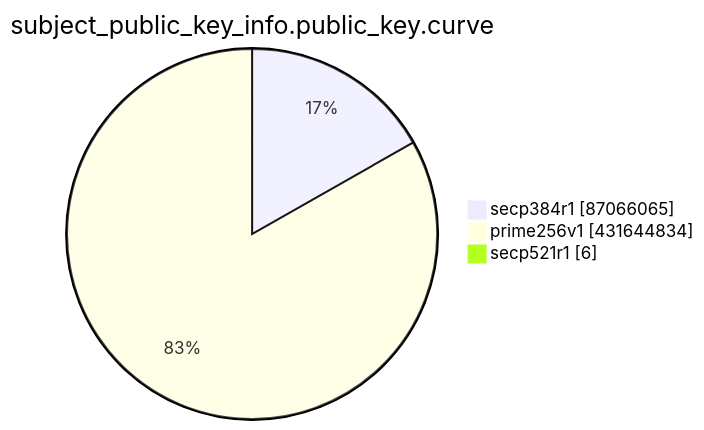
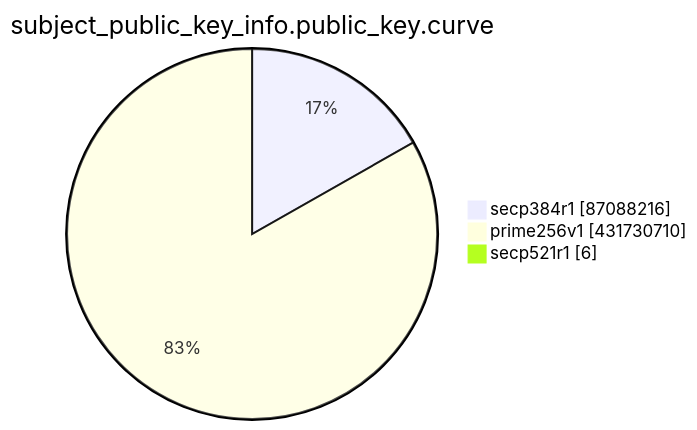
The eighth of 15 diagrams in TOTAL/README.md (christiankrug/ctmonitor_visualization), drawn with Mermaid before and after one commit. The commit also changed other lines of this file, not shown here.

````diff
--- a/TOTAL/README.md
+++ b/TOTAL/README.md
@@ -3100,7 +3100,7 @@
 ```mermaid
 pie showData
 title subject_public_key_info.public_key.curve
-"secp384r1" :87066065
-"prime256v1" :431644834
+"secp384r1" :87088216
+"prime256v1" :431730710
 "secp521r1" :6
 ```
````
